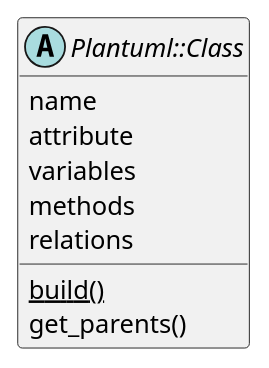
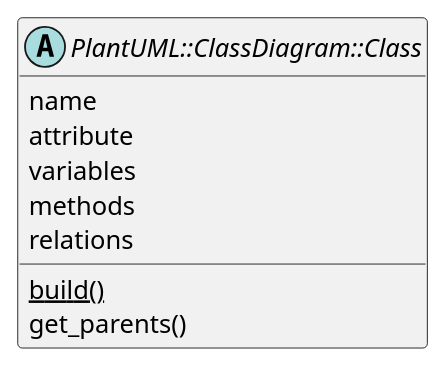
One commit to Kesin11/plantuml_class_digram_parse changed the diagram in t/fixture/class.pu. Above: the diagram before and after it, drawn with PlantUML. The commit also changed 18 other files, not shown here.

```diff
--- a/t/fixture/class.pu
+++ b/t/fixture/class.pu
@@ -1,9 +1,9 @@
-abstract class Plantuml::Class {
+abstract class PlantUML::ClassDiagram::Class {
   name
   attribute
   variables
   methods
   relations
   {static} build()
   get_parents()
 }
```
